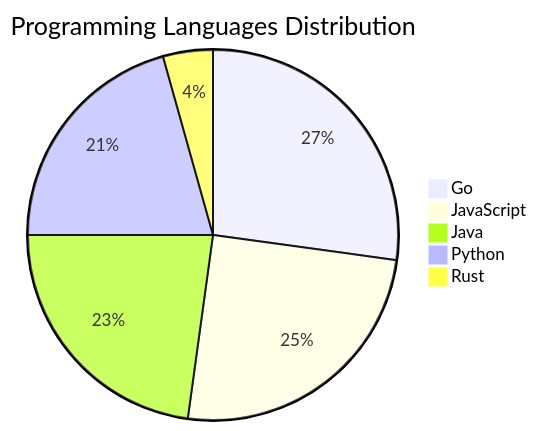
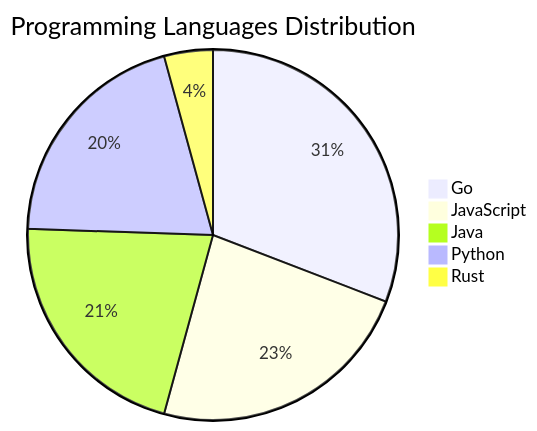
One commit to Derrick-MUGISHA/github-activity-bot changed the diagram in README.md. Above: the diagram before and after it, drawn with Mermaid. The commit also changed other lines of this file and 3 other files, not shown here.

````diff
--- a/README.md
+++ b/README.md
@@ -69,8 +69,8 @@
 ```mermaid
 pie title Programming Languages Distribution
-    "Go" : 25
-    "JavaScript" : 23
-    "Java" : 21
+    "Go" : 29
+    "JavaScript" : 22
+    "Java" : 20
     "Python" : 19
     "Rust" : 4
 ```
````
